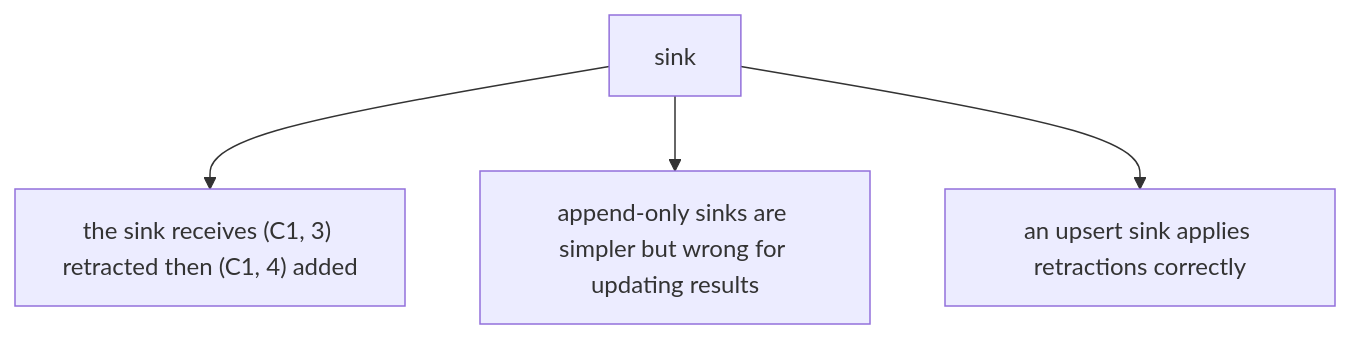
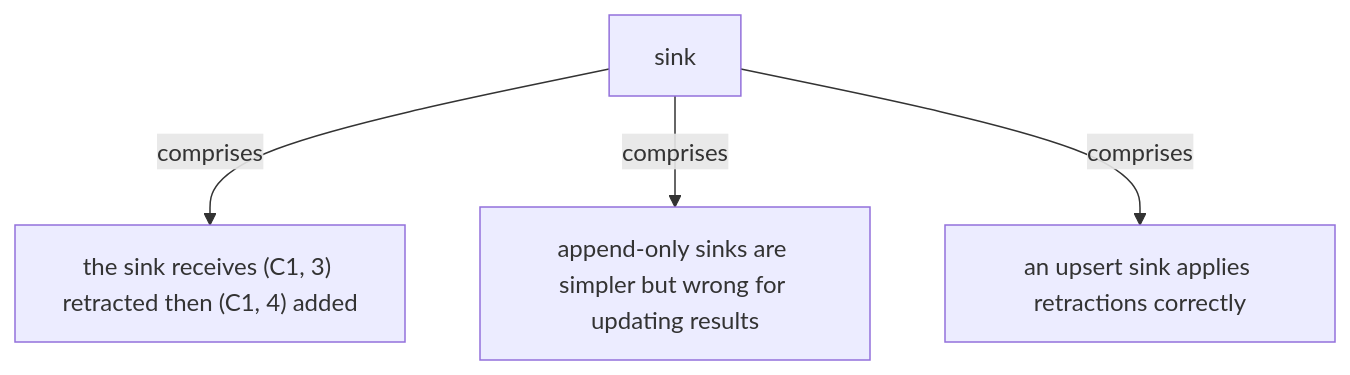
One commit to vinayakuber/streaming-systems-study-guide changed the seventh of 19 diagrams in docs/ch08-streaming-sql.md. Above: the diagram before and after it, drawn with Mermaid. The commit also changed other lines of this file and 22 other files, not shown here.

First line of the commit message:
R18: label every diagram arrow with its meaning

````diff
--- a/docs/ch08-streaming-sql.md
+++ b/docs/ch08-streaming-sql.md
@@ -179,7 +179,7 @@
 ```mermaid
 flowchart TD
   R["sink"]
-  R --> P0["the sink receives (C1, 3) retracted then (C1, 4) added"]
-  R --> P1["append-only sinks are simpler but wrong for updating results"]
-  R --> P2["an upsert sink applies retractions correctly"]
+  R -->|"comprises"| P0["the sink receives (C1, 3) retracted then (C1, 4) added"]
+  R -->|"comprises"| P1["append-only sinks are simpler but wrong for updating results"]
+  R -->|"comprises"| P2["an upsert sink applies retractions correctly"]
 ```
````
